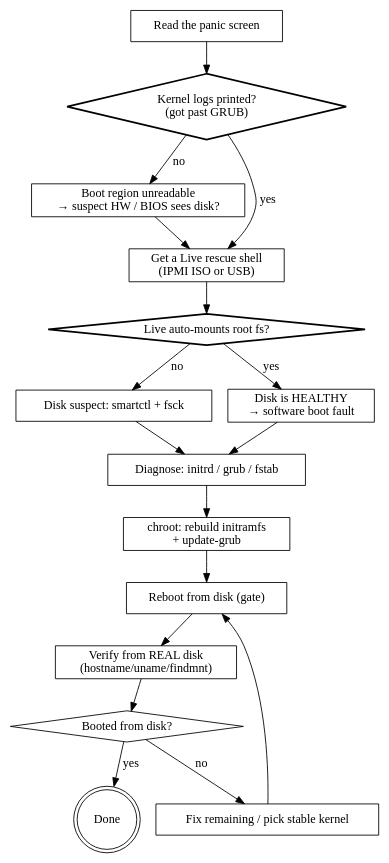
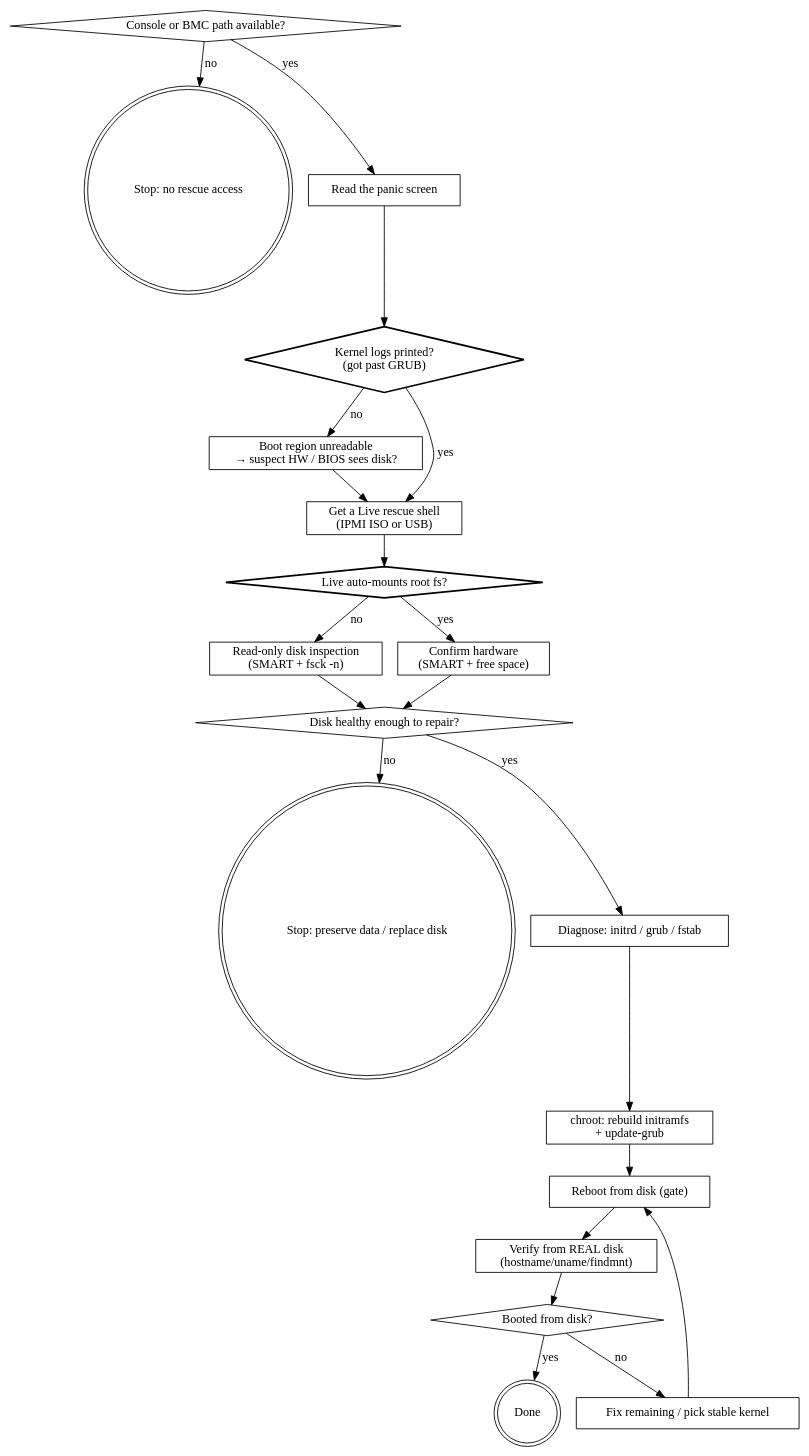
One commit to waynejing995/wayne-taste changed the diagram in wayne-rescue-boot/SKILL.md. Above: the diagram before and after it, drawn with Graphviz. The commit also changed other lines of this file and 6 other files, not shown here.

First line of the commit message:
fix:/wayne-rescue-boot - stop before unsafe disk repair

````diff
--- a/wayne-rescue-boot/SKILL.md
+++ b/wayne-rescue-boot/SKILL.md
@@ -57,37 +46,45 @@
 ```dot
 digraph rescue {
     rankdir=TB;
 
+    "Console or BMC path available?" [shape=diamond];
+    "Stop: no rescue access" [shape=doublecircle];
     "Read the panic screen" [shape=box];
     "Kernel logs printed?\n(got past GRUB)" [shape=diamond, style=bold];
     "Boot region unreadable\n→ suspect HW / BIOS sees disk?" [shape=box];
     "Get a Live rescue shell\n(IPMI ISO or USB)" [shape=box];
     "Live auto-mounts root fs?" [shape=diamond, style=bold];
-    "Disk suspect: smartctl + fsck" [shape=box];
-    "Disk is HEALTHY\n→ software boot fault" [shape=box];
+    "Read-only disk inspection\n(SMART + fsck -n)" [shape=box];
+    "Confirm hardware\n(SMART + free space)" [shape=box];
+    "Disk healthy enough to repair?" [shape=diamond];
+    "Stop: preserve data / replace disk" [shape=doublecircle];
     "Diagnose: initrd / grub / fstab" [shape=box];
     "chroot: rebuild initramfs\n+ update-grub" [shape=box];
     "Reboot from disk (gate)" [shape=box];
     "Verify from REAL disk\n(hostname/uname/findmnt)" [shape=box];
     "Booted from disk?" [shape=diamond];
     "Fix remaining / pick stable kernel" [shape=box];
     "Done" [shape=doublecircle];
 
+    "Console or BMC path available?" -> "Stop: no rescue access" [label="no"];
+    "Console or BMC path available?" -> "Read the panic screen" [label="yes"];
     "Read the panic screen" -> "Kernel logs printed?\n(got past GRUB)";
     "Kernel logs printed?\n(got past GRUB)" -> "Boot region unreadable\n→ suspect HW / BIOS sees disk?" [label="no"];
     "Kernel logs printed?\n(got past GRUB)" -> "Get a Live rescue shell\n(IPMI ISO or USB)" [label="yes"];
     "Boot region unreadable\n→ suspect HW / BIOS sees disk?" -> "Get a Live rescue shell\n(IPMI ISO or USB)";
     "Get a Live rescue shell\n(IPMI ISO or USB)" -> "Live auto-mounts root fs?";
-    "Live auto-mounts root fs?" -> "Disk suspect: smartctl + fsck" [label="no"];
-    "Live auto-mounts root fs?" -> "Disk is HEALTHY\n→ software boot fault" [label="yes"];
-    "Disk suspect: smartctl + fsck" -> "Diagnose: initrd / grub / fstab";
-    "Disk is HEALTHY\n→ software boot fault" -> "Diagnose: initrd / grub / fstab";
+    "Live auto-mounts root fs?" -> "Read-only disk inspection\n(SMART + fsck -n)" [label="no"];
+    "Live auto-mounts root fs?" -> "Confirm hardware\n(SMART + free space)" [label="yes"];
+    "Read-only disk inspection\n(SMART + fsck -n)" -> "Disk healthy enough to repair?";
+    "Confirm hardware\n(SMART + free space)" -> "Disk healthy enough to repair?";
+    "Disk healthy enough to repair?" -> "Stop: preserve data / replace disk" [label="no"];
+    "Disk healthy enough to repair?" -> "Diagnose: initrd / grub / fstab" [label="yes"];
     "Diagnose: initrd / grub / fstab" -> "chroot: rebuild initramfs\n+ update-grub";
     "chroot: rebuild initramfs\n+ update-grub" -> "Reboot from disk (gate)";
     "Reboot from disk (gate)" -> "Verify from REAL disk\n(hostname/uname/findmnt)";
     "Verify from REAL disk\n(hostname/uname/findmnt)" -> "Booted from disk?";
     "Booted from disk?" -> "Fix remaining / pick stable kernel" [label="no"];
     "Fix remaining / pick stable kernel" -> "Reboot from disk (gate)";
     "Booted from disk?" -> "Done" [label="yes"];
 }
 ```
````
